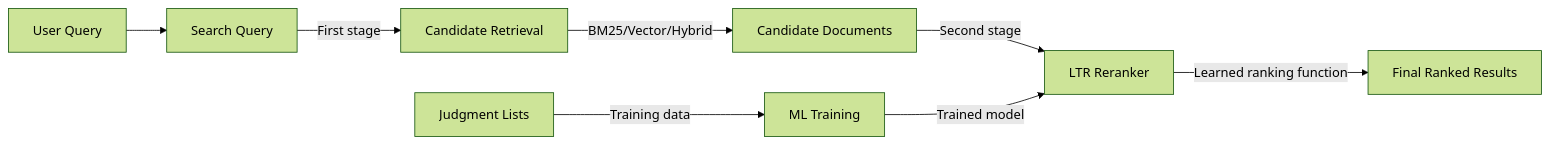
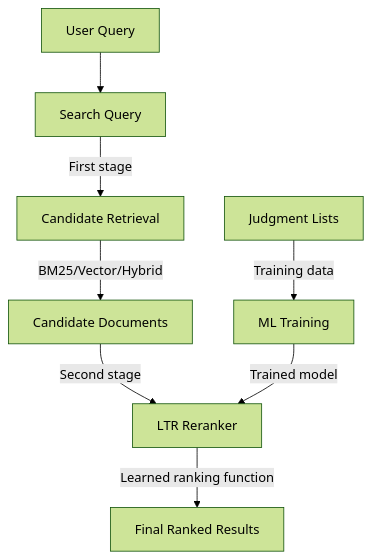
One commit to Delacrobix/training-ltr-model-based-on-judgement-sets changed the diagram in notebook/diagrams.md. Above: the diagram before and after it, drawn with Mermaid (forest theme). The commit also changed 1 other file, not shown here.

Commit message:
code and diagram updates

````diff
--- a/notebook/diagrams.md
+++ b/notebook/diagrams.md
@@ -1,13 +1,13 @@
 ```mermaid
-flowchart LR
+flowchart TD
     U[User Query] --> Q[Search Query]
 
     Q -->|First stage| R[Candidate Retrieval]
     R -->|BM25/Vector/Hybrid| D[Candidate Documents]
 
     D -->|Second stage| LTR[LTR Reranker]
     LTR -->|Learned ranking function| F[Final Ranked Results]
 
     JL[Judgment Lists] -->|Training data| ML[ML Training]
     ML -->|Trained model| LTR
 ```
````
